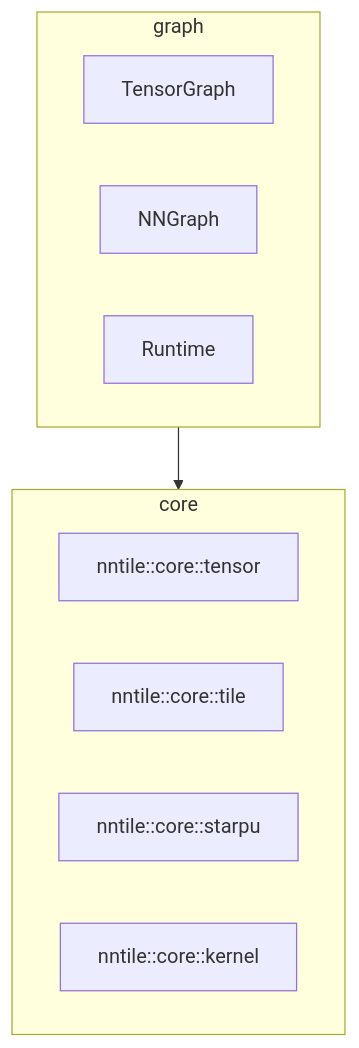
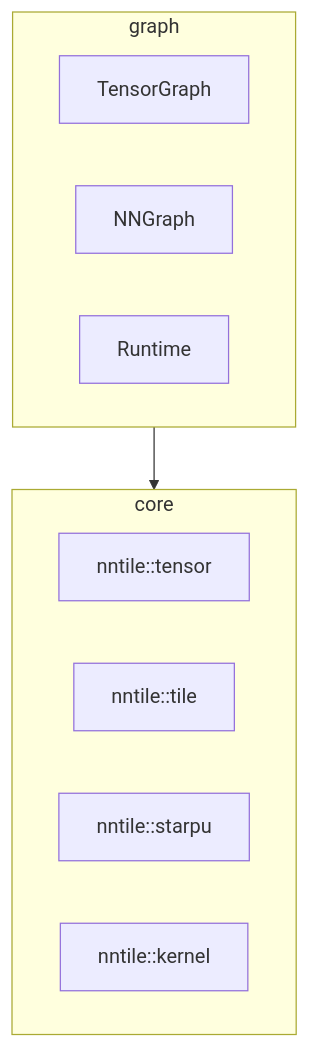
Before and after one commit to nntile/nntile: the diagram in docs/cpp/README.md, drawn with Mermaid. The commit also changed other lines of this file and 3962 other files, not shown here.

````diff
--- a/docs/cpp/README.md
+++ b/docs/cpp/README.md
@@ -15,15 +15,15 @@
 ```mermaid
 flowchart TB
   subgraph graph_pkg [graph]
     TG[TensorGraph]
     NN[NNGraph]
     RT[Runtime]
   end
   subgraph core_pkg [core]
-    Tensor[nntile::core::tensor]
-    Tile[nntile::core::tile]
-    StarPU[nntile::core::starpu]
-    Kernel[nntile::core::kernel]
+    Tensor[nntile::tensor]
+    Tile[nntile::tile]
+    StarPU[nntile::starpu]
+    Kernel[nntile::kernel]
   end
   graph_pkg --> core_pkg
 ```
````
